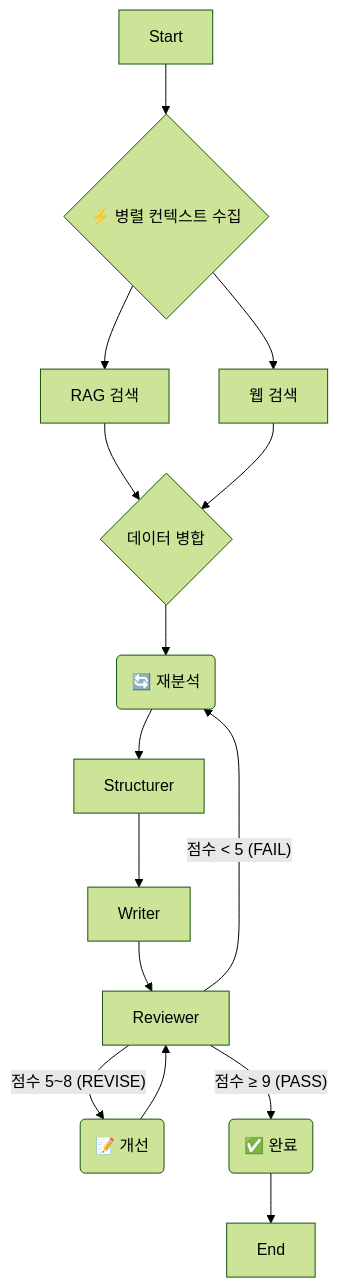
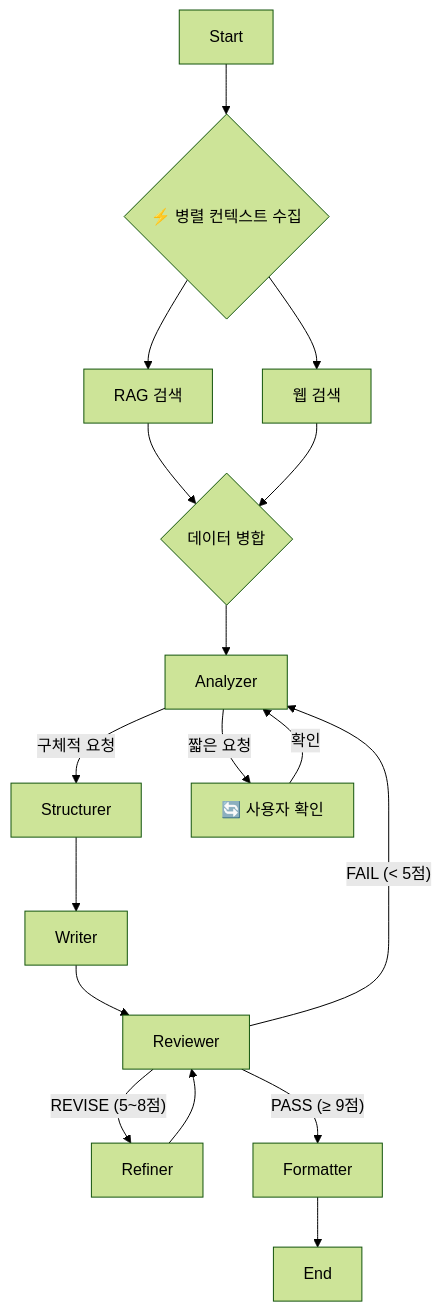
Before and after one commit to skyasu2/multi-agent-python: the diagram in README.md, drawn with Mermaid (forest theme). The commit also changed other lines of this file and 3 other files, not shown here.

````diff
--- a/README.md
+++ b/README.md
@@ -37,18 +120,22 @@
 ```mermaid
 graph TD
     Start --> Parallel{⚡ 병렬 컨텍스트 수집}
     Parallel --> RAG[RAG 검색]
     Parallel --> Web[웹 검색]
     RAG --> Merge{데이터 병합}
     Web --> Merge
     Merge --> Analyzer
     
-    Analyzer --> Structurer --> Writer --> Reviewer
+    Analyzer -->|구체적 요청| Structurer
+    Analyzer -->|짧은 요청| OptionPause[🔄 사용자 확인]
+    OptionPause -->|확인| Analyzer
     
-    Reviewer -- "점수 < 5 (FAIL)" --> Analyzer(🔄 재분석)
-    Reviewer -- "점수 5~8 (REVISE)" --> Refiner(📝 개선)
-    Reviewer -- "점수 ≥ 9 (PASS)" --> Formatter(✅ 완료)
+    Structurer --> Writer --> Reviewer
+    
+    Reviewer -->|"FAIL (< 5점)"| Analyzer
+    Reviewer -->|"REVISE (5~8점)"| Refiner
+    Reviewer -->|"PASS (≥ 9점)"| Formatter
     
     Refiner --> Reviewer
     Formatter --> End
 ```
````
